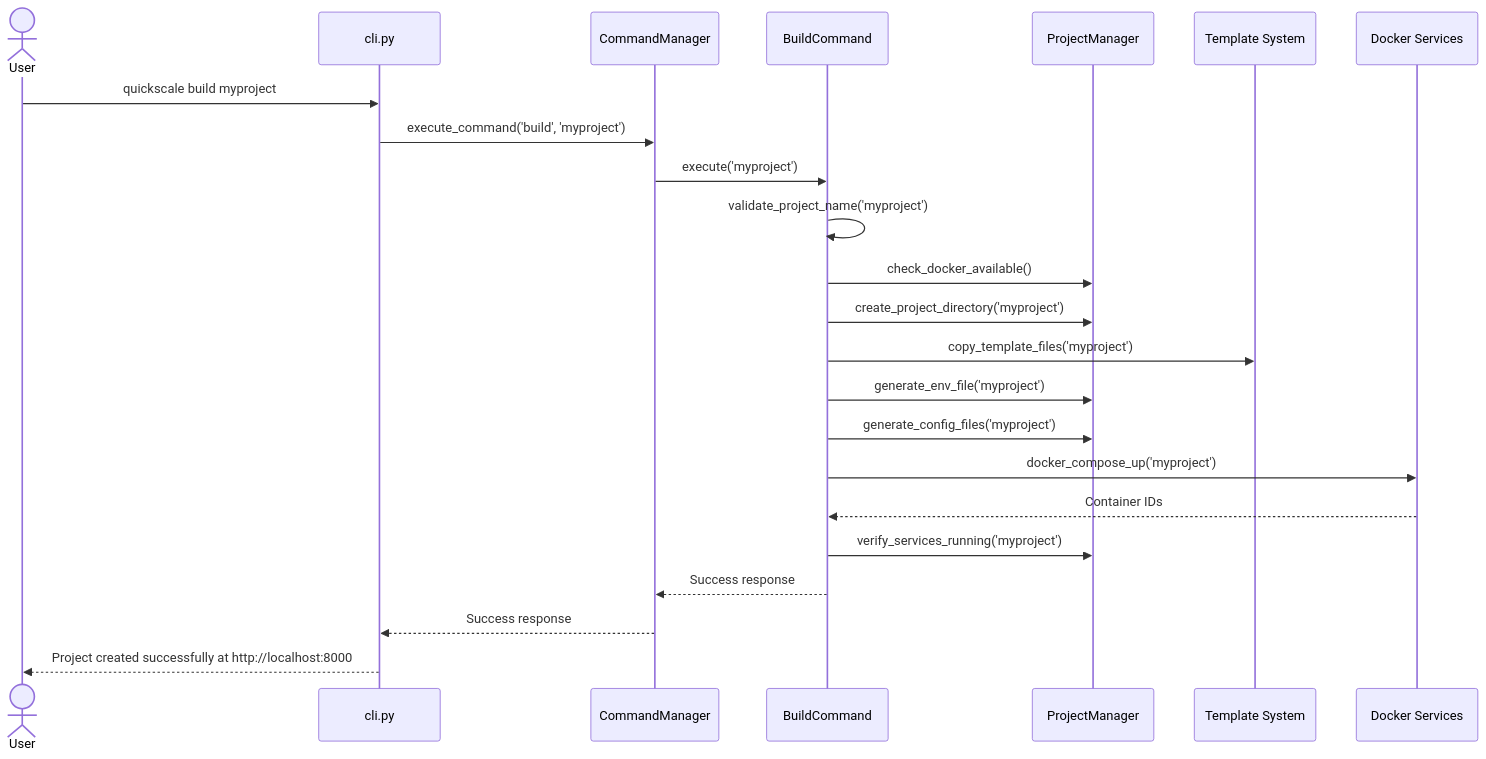
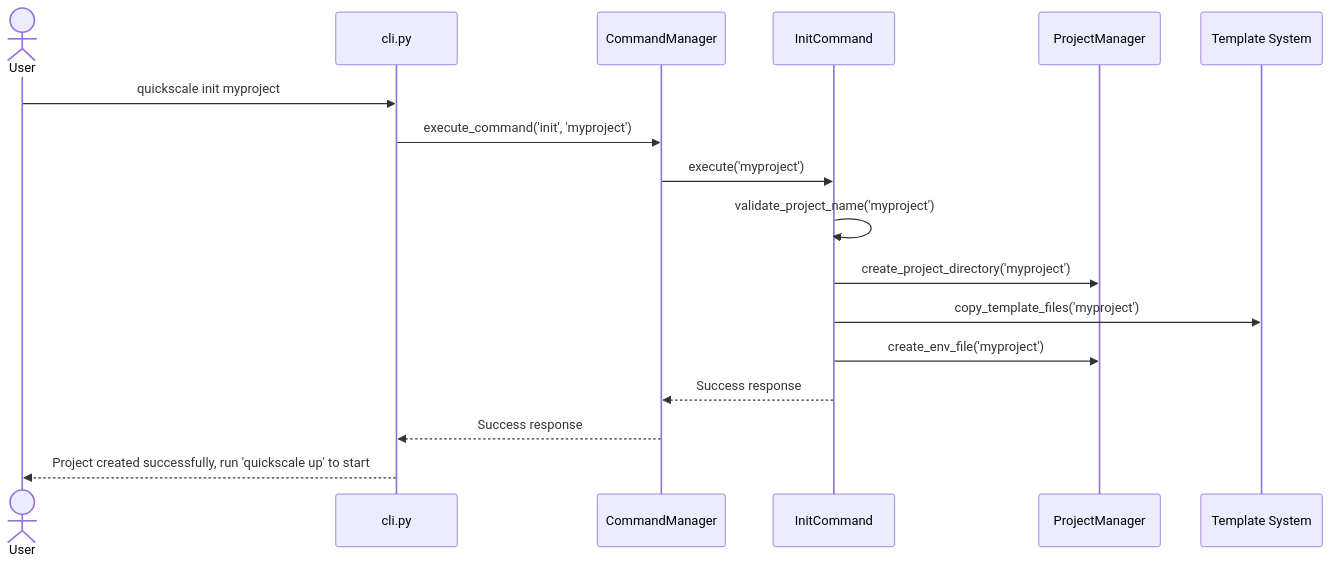
One commit to Experto-AI/quickscale changed the third of 7 diagrams in TECHNICAL_DOCS.md. Above: the diagram before and after it, drawn with Mermaid. The commit also changed other lines of this file and 104 other files, not shown here.

````diff
--- a/TECHNICAL_DOCS.md
+++ b/TECHNICAL_DOCS.md
@@ -259,34 +292,26 @@
 ```mermaid
 sequenceDiagram
     actor User
     participant CLI as cli.py
     participant CM as CommandManager
-    participant BC as BuildCommand
+    participant IC as InitCommand
     participant PM as ProjectManager
     participant TS as Template System
-    participant Docker as Docker Services
     
-    User->>CLI: quickscale build myproject
-    CLI->>CM: execute_command('build', 'myproject')
-    CM->>BC: execute('myproject')
+    User->>CLI: quickscale init myproject
+    CLI->>CM: execute_command('init', 'myproject')
+    CM->>IC: execute('myproject')
     
     %% Validation phase
-    BC->>BC: validate_project_name('myproject')
-    BC->>PM: check_docker_available()
+    IC->>IC: validate_project_name('myproject')
     
     %% Setup phase
-    BC->>PM: create_project_directory('myproject')
-    BC->>TS: copy_template_files('myproject')
-    BC->>PM: generate_env_file('myproject')
-    BC->>PM: generate_config_files('myproject')
-    
-    %% Launch phase
-    BC->>Docker: docker_compose_up('myproject')
-    Docker-->>BC: Container IDs
+    IC->>PM: create_project_directory('myproject')
+    IC->>TS: copy_template_files('myproject')
+    IC->>PM: create_env_file('myproject')
     
     %% Finalization
-    BC->>PM: verify_services_running('myproject')
-    BC-->>CM: Success response
+    IC-->>CM: Success response
     CM-->>CLI: Success response
-    CLI-->>User: Project created successfully at http://localhost:8000
+    CLI-->>User: Project created successfully, run 'quickscale up' to start
 ```
````
